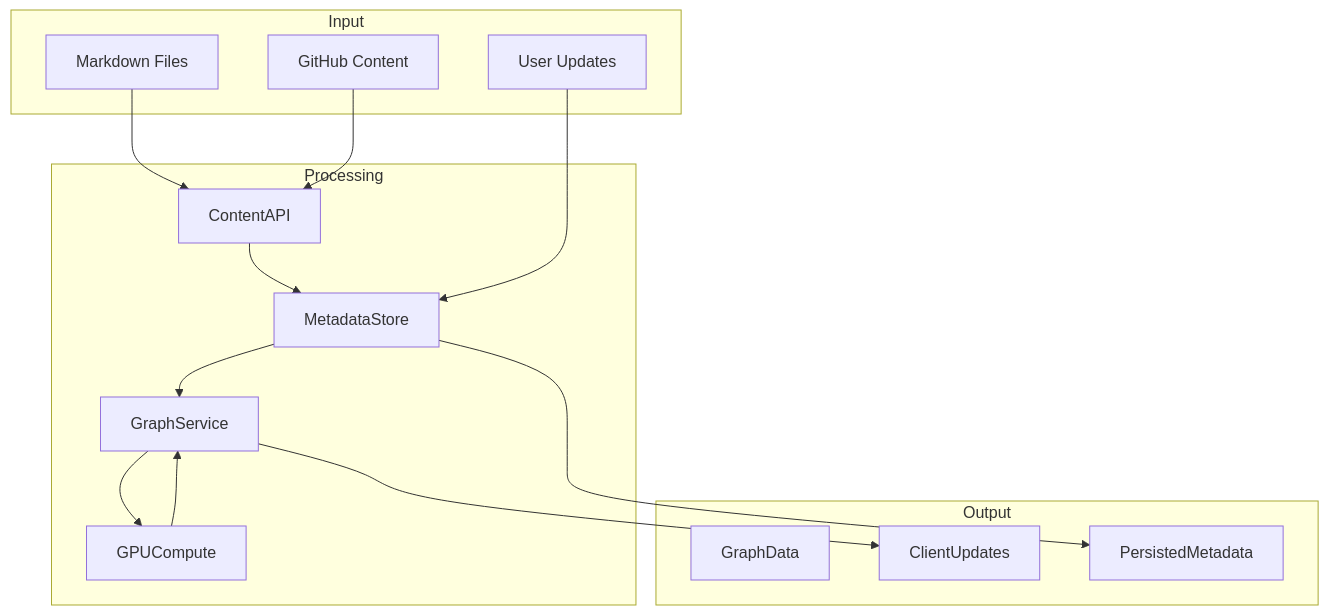
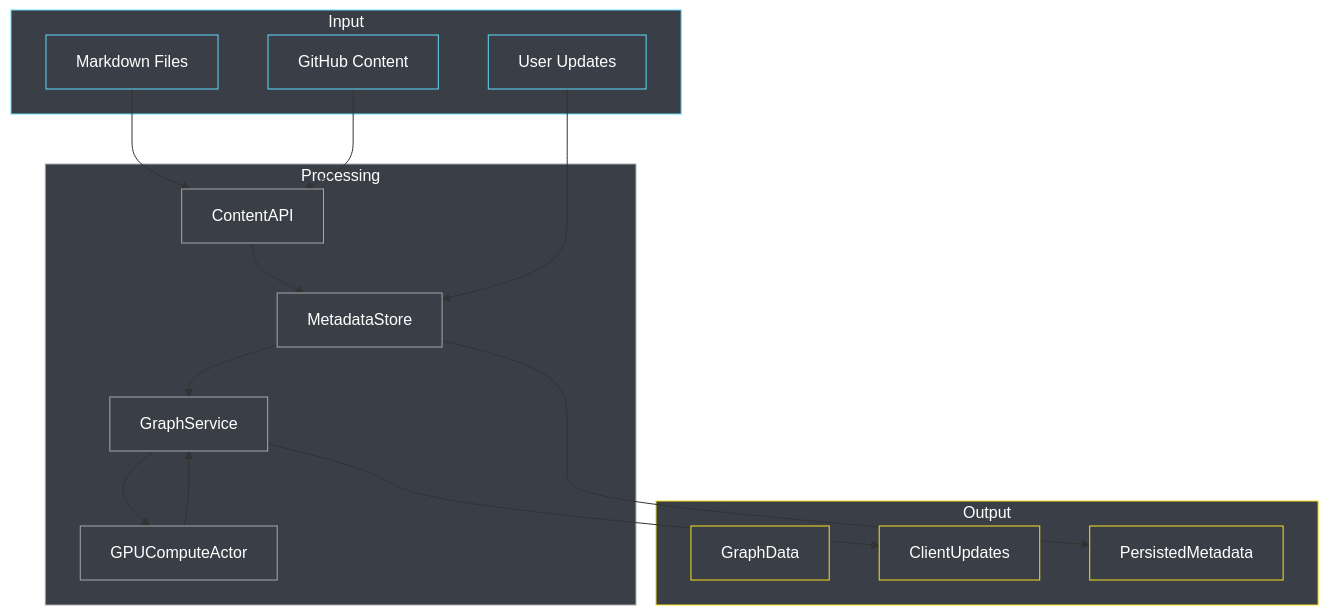
Before and after one commit to DreamLab-AI/VisionFlow: the first of 2 diagrams in docs/server/architecture.md, drawn with Mermaid. The commit also changed other lines of this file and 16 other files, not shown here.

````diff
--- a/docs/server/architecture.md
+++ b/docs/server/architecture.md
@@ -123,31 +129,45 @@
 ```mermaid
 flowchart TB
     subgraph Input
         MarkdownFiles["Markdown Files"]
         UserUpdates["User Updates"]
         GitHubContent["GitHub Content"]
     end
 
     subgraph Processing
         ContentAPI["ContentAPI"]
         MetadataStore["MetadataStore"]
         GraphService["GraphService"]
-        GPUCompute["GPUCompute"]
+        GPUComputeActor["GPUComputeActor"]
     end
 
     subgraph Output
         GraphData["GraphData"]
         ClientUpdates["ClientUpdates"]
         PersistedMetadata["PersistedMetadata"]
     end
 
     MarkdownFiles --> ContentAPI
     GitHubContent --> ContentAPI
     ContentAPI --> MetadataStore
     UserUpdates --> MetadataStore
     MetadataStore --> GraphService
-    GraphService --> GPUCompute
-    GPUCompute --> GraphService
+    GraphService --> GPUComputeActor
+    GPUComputeActor --> GraphService
     GraphService --> ClientUpdates
     MetadataStore --> PersistedMetadata
+
+    style Input fill:#3A3F47,stroke:#61DAFB,color:#FFFFFF
+    style Processing fill:#3A3F47,stroke:#A2AAAD,color:#FFFFFF
+    style Output fill:#3A3F47,stroke:#F7DF1E,color:#FFFFFF
+    style MarkdownFiles fill:#3A3F47,stroke:#61DAFB,color:#FFFFFF
+    style UserUpdates fill:#3A3F47,stroke:#61DAFB,color:#FFFFFF
+    style GitHubContent fill:#3A3F47,stroke:#61DAFB,color:#FFFFFF
+    style ContentAPI fill:#3A3F47,stroke:#A2AAAD,color:#FFFFFF
+    style MetadataStore fill:#3A3F47,stroke:#A2AAAD,color:#FFFFFF
+    style GraphService fill:#3A3F47,stroke:#A2AAAD,color:#FFFFFF
+    style GPUComputeActor fill:#3A3F47,stroke:#A2AAAD,color:#FFFFFF
+    style GraphData fill:#3A3F47,stroke:#F7DF1E,color:#FFFFFF
+    style ClientUpdates fill:#3A3F47,stroke:#F7DF1E,color:#FFFFFF
+    style PersistedMetadata fill:#3A3F47,stroke:#F7DF1E,color:#FFFFFF
 ```
````
